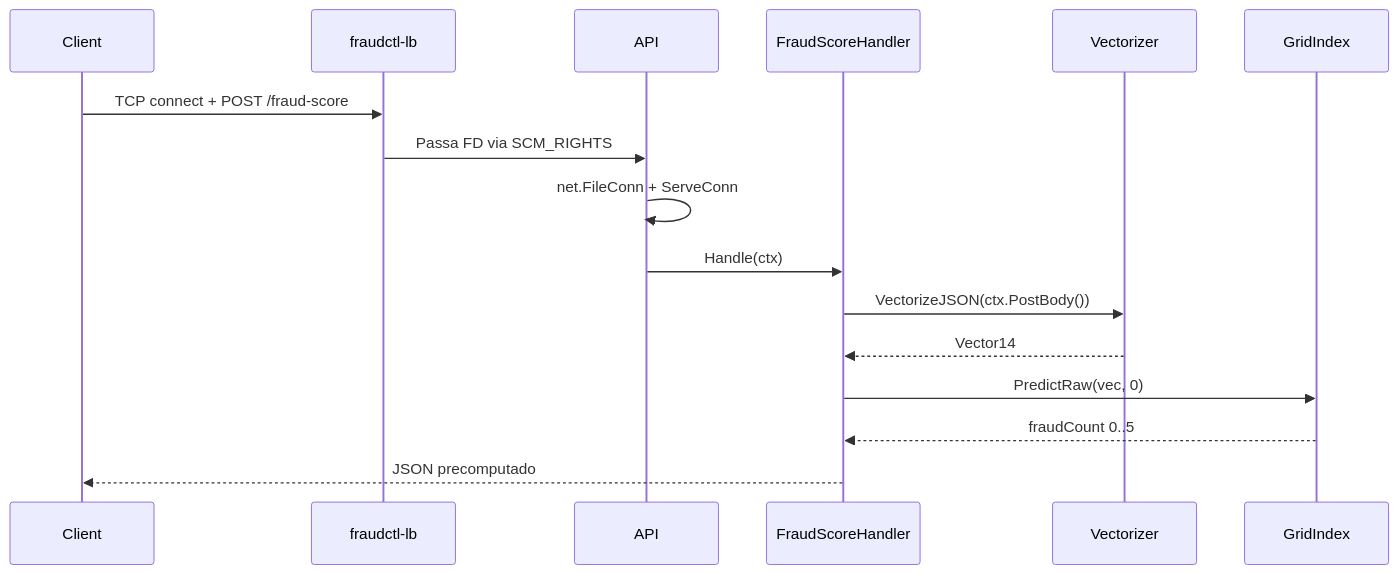
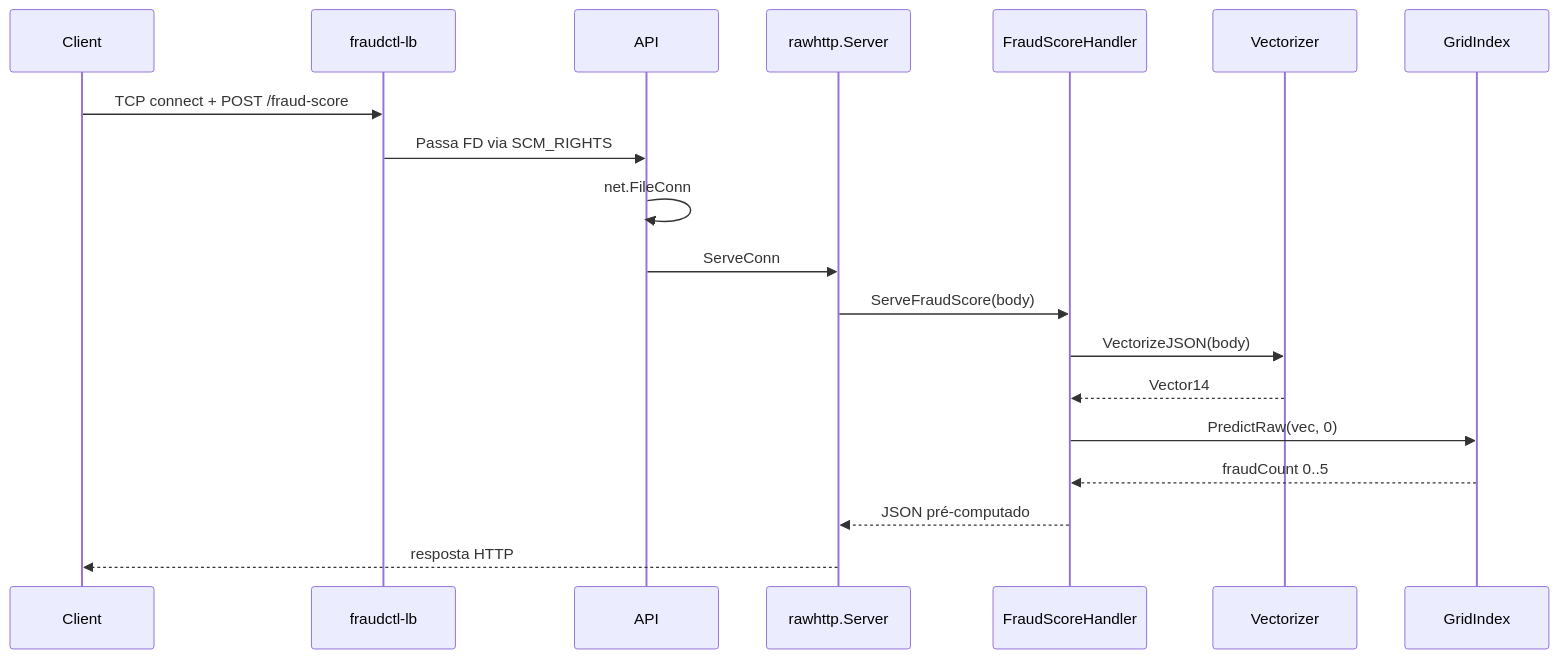
One commit to fabianoflorentino/fraudctl changed the second of 3 diagrams in docs/ARCHITECTURE.md. Above: the diagram before and after it, drawn with Mermaid. The commit also changed other lines of this file and 5 other files, not shown here.

````diff
--- a/docs/ARCHITECTURE.md
+++ b/docs/ARCHITECTURE.md
@@ -29,19 +29,22 @@
 ```mermaid
 sequenceDiagram
     participant C as Client
     participant LB as fraudctl-lb
     participant A as API
+    participant S as rawhttp.Server
     participant H as FraudScoreHandler
     participant V as Vectorizer
     participant K as GridIndex
 
     C->>LB: TCP connect + POST /fraud-score
     LB->>A: Passa FD via SCM_RIGHTS
-    A->>A: net.FileConn + ServeConn
-    A->>H: Handle(ctx)
-    H->>V: VectorizeJSON(ctx.PostBody())
+    A->>A: net.FileConn
+    A->>S: ServeConn
+    S->>H: ServeFraudScore(body)
+    H->>V: VectorizeJSON(body)
     V-->>H: Vector14
     H->>K: PredictRaw(vec, 0)
     K-->>H: fraudCount 0..5
-    H-->>C: JSON precomputado
+    H-->>S: JSON pré-computado
+    S-->>C: resposta HTTP
 ```
````
